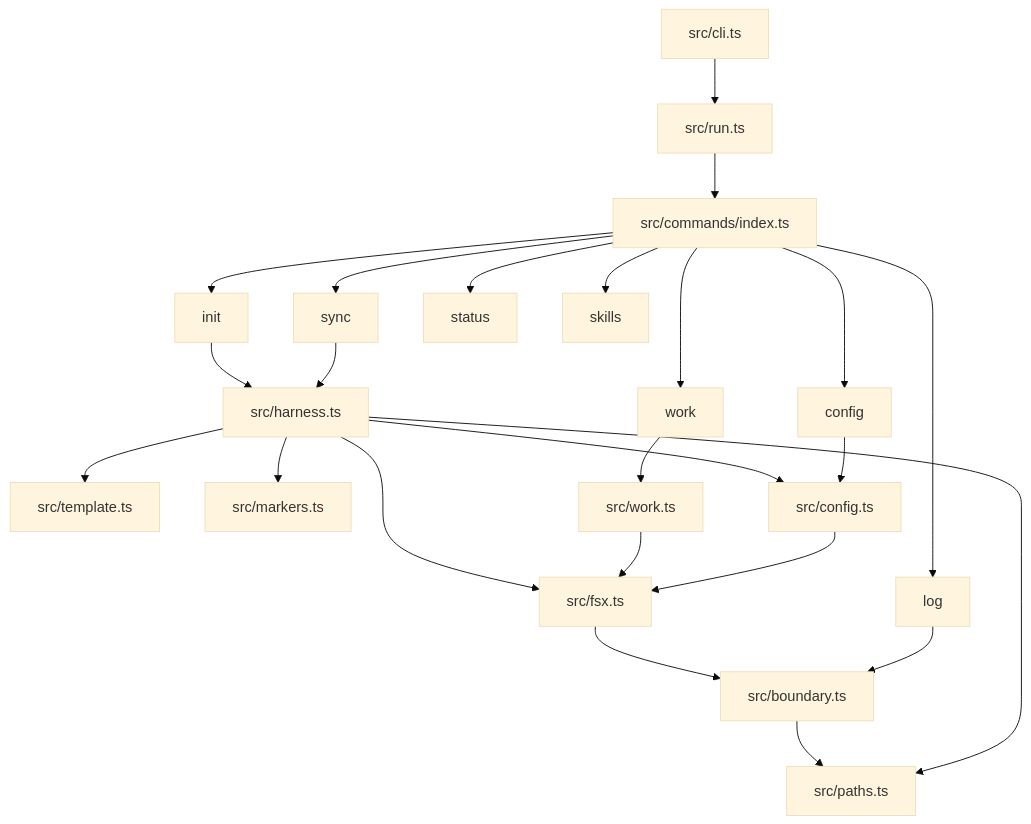
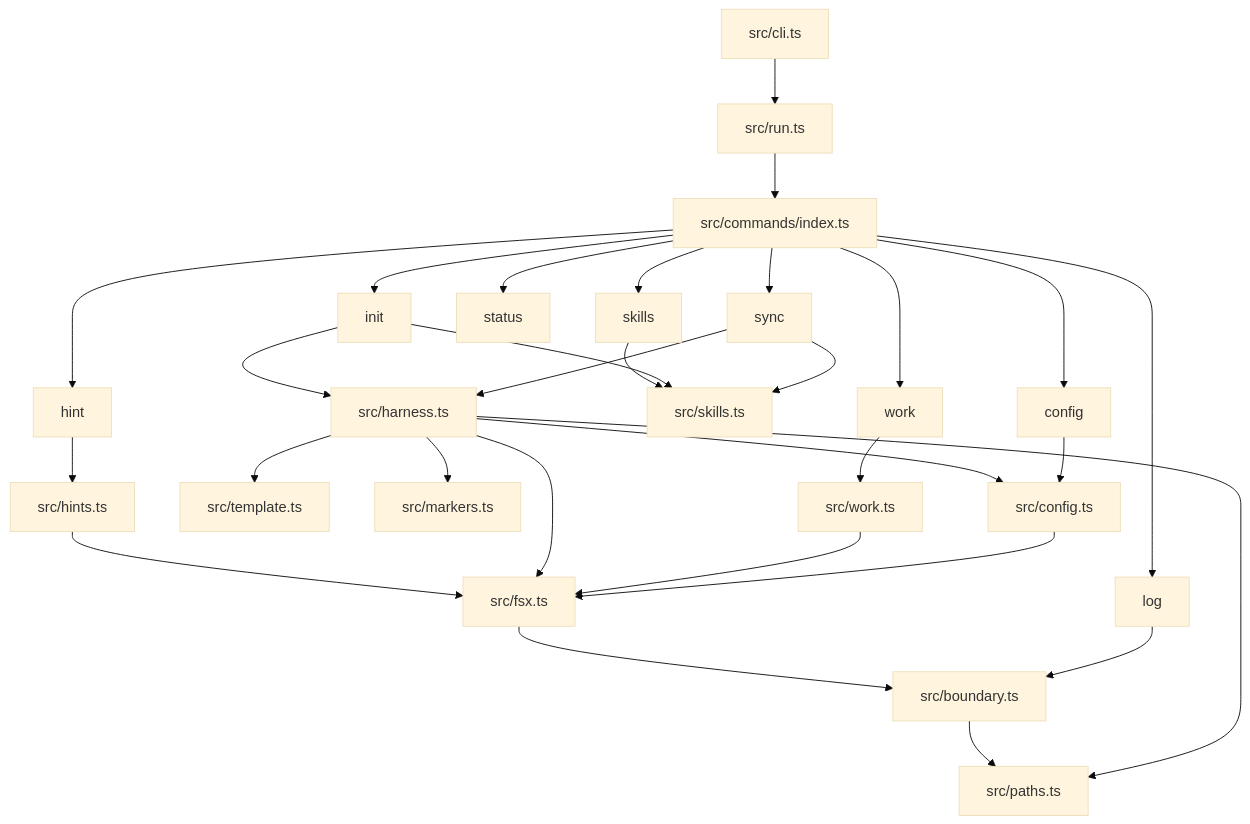
One commit to tylerhogarth/tod changed the second of 3 diagrams in docs/architecture.md. Above: the diagram before and after it, drawn with Mermaid (base theme). The commit also changed other lines of this file and 16 other files, not shown here.

First line of the commit message:
Add tod hint and report skill installation from init and sync

````diff
--- a/docs/architecture.md
+++ b/docs/architecture.md
@@ -49,26 +50,32 @@
 ```mermaid
 flowchart TD
     cli[src/cli.ts] --> run[src/run.ts]
     run --> commands[src/commands/index.ts]
     commands --> init[init]
     commands --> sync[sync]
     commands --> status[status]
     commands --> work[work]
     commands --> log[log]
     commands --> config[config]
     commands --> skills[skills]
+    skills --> skillsmod[src/skills.ts]
+    init --> skillsmod
+    sync --> skillsmod
+    commands --> hint[hint]
+    hint --> hints[src/hints.ts]
+    hints --> fsx
     init --> harness[src/harness.ts]
     sync --> harness
     harness --> template[src/template.ts]
     harness --> markers[src/markers.ts]
     harness --> configmod[src/config.ts]
     work --> workmod[src/work.ts]
     config --> configmod
     harness --> fsx[src/fsx.ts]
     workmod --> fsx
     configmod --> fsx
     fsx --> boundary[src/boundary.ts]
     log --> boundary
     boundary --> paths[src/paths.ts]
     harness --> paths
 ```
````
